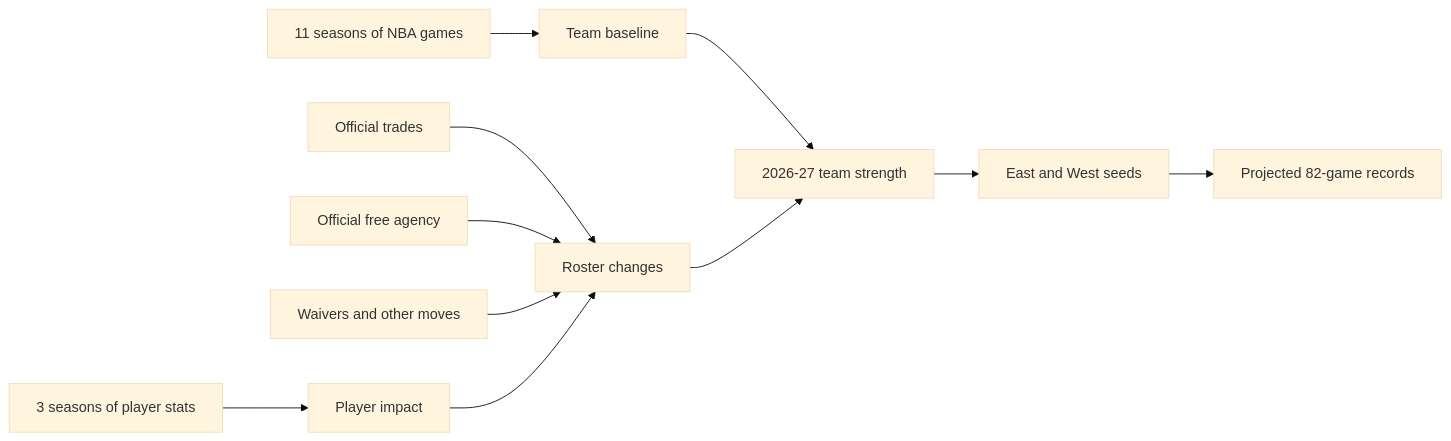
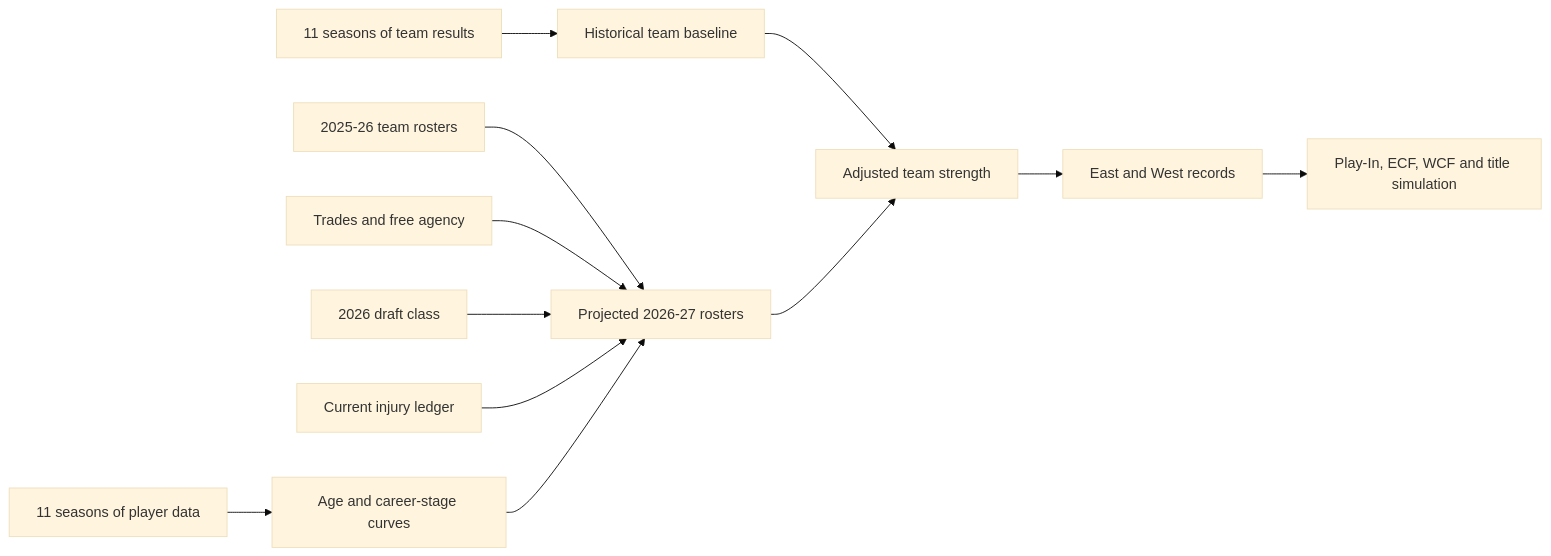
The diagram in README.md (shreeyahi/court-vision-nba), drawn with Mermaid (base theme) before and after one commit. The commit also changed other lines of this file and 15 other files, not shown here.

````diff
--- a/README.md
+++ b/README.md
@@ -86,13 +82,14 @@
 ```mermaid
 flowchart LR
-    A["11 seasons of NBA games"] --> C["Team baseline"]
-    B["3 seasons of player stats"] --> D["Player impact"]
-    E["Official trades"] --> F["Roster changes"]
-    G["Official free agency"] --> F
-    H["Waivers and other moves"] --> F
+    A["11 seasons of team results"] --> B["Historical team baseline"]
+    C["11 seasons of player data"] --> D["Age and career-stage curves"]
+    E["2025-26 team rosters"] --> F["Projected 2026-27 rosters"]
+    G["Trades and free agency"] --> F
+    H["2026 draft class"] --> F
+    I["Current injury ledger"] --> F
     D --> F
-    C --> I["2026-27 team strength"]
-    F --> I
-    I --> J["East and West seeds"]
-    J --> K["Projected 82-game records"]
+    B --> J["Adjusted team strength"]
+    F --> J
+    J --> K["East and West records"]
+    K --> L["Play-In, ECF, WCF and title simulation"]
 ```
````
